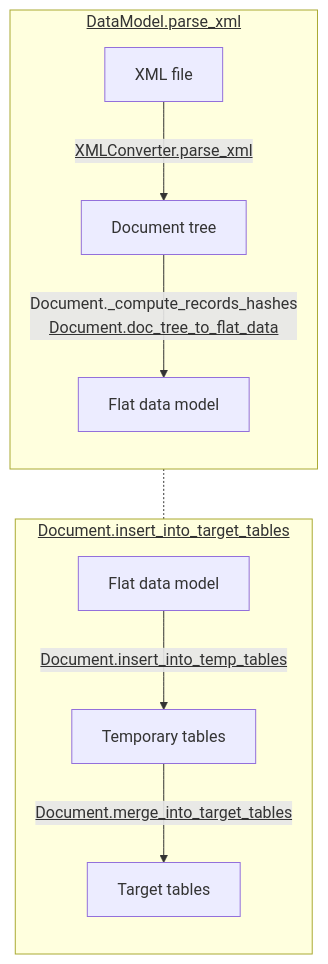
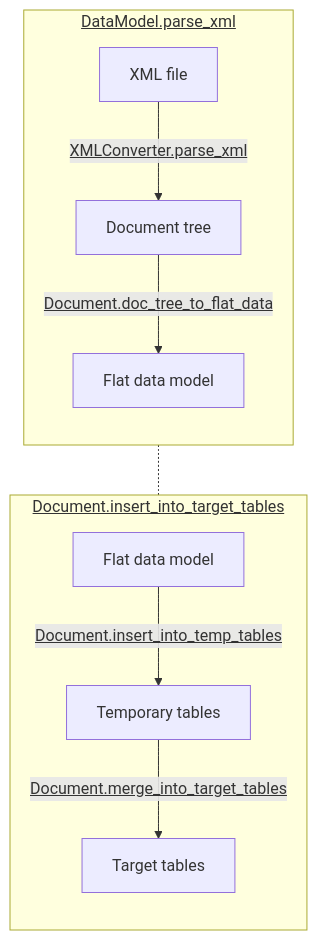
One commit to cre-dev/xml2db changed the first of 2 diagrams in docs/api/overview.md. Above: the diagram before and after it, drawn with Mermaid. The commit also changed other lines of this file and 41 other files, not shown here.

````diff
--- a/docs/api/overview.md
+++ b/docs/api/overview.md
@@ -34,14 +41,14 @@
 ```mermaid
 flowchart TB
     subgraph "<a href='../data_model/#xml2db.model.DataModel.parse_xml' style='color:var(--md-code-fg-color)'>DataModel.parse_xml</a>"
         direction TB
         A[XML file]-- "<a href='../xml_converter/#xml2db.xml_converter.XMLConverter.parse_xml' style='color:var(--md-code-fg-color)'>XMLConverter.parse_xml</a>" -->B[Document tree]
-        B-- "Document._compute_records_hashes\n<a href='../document/#xml2db.document.Document.doc_tree_to_flat_data' style='color:var(--md-code-fg-color)'>Document.doc_tree_to_flat_data</a>" -->C[Flat data model]
+        B-- "<a href='../document/#xml2db.document.Document.doc_tree_to_flat_data' style='color:var(--md-code-fg-color)'>Document.doc_tree_to_flat_data</a>" -->C[Flat data model]
     end
     C -.- D
     subgraph "<a href='../document/#xml2db.document.Document.insert_into_target_tables' style='color:var(--md-code-fg-color)'>Document.insert_into_target_tables</a>"
         direction TB
         D[Flat data model]-- "<a href='../document/#xml2db.document.Document.insert_into_temp_tables' style='color:var(--md-code-fg-color)'>Document.insert_into_temp_tables</a>" -->E[Temporary tables]
         E-- "<a href='../document/#xml2db.document.Document.merge_into_target_tables' style='color:var(--md-code-fg-color)'>Document.merge_into_target_tables</a>" -->F[Target tables]
     end
 ```
````
